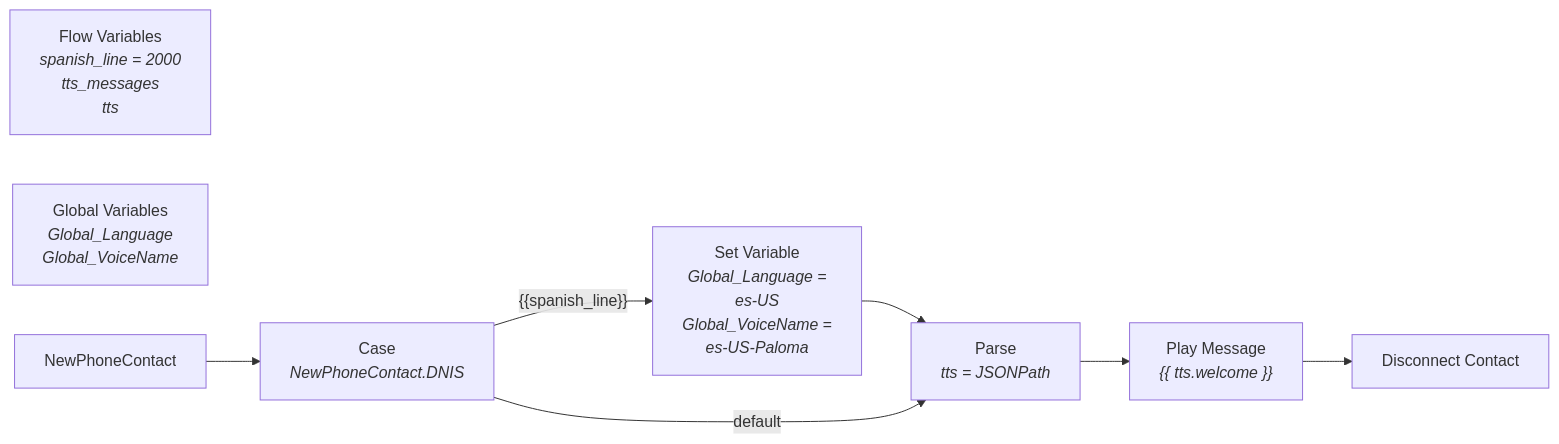
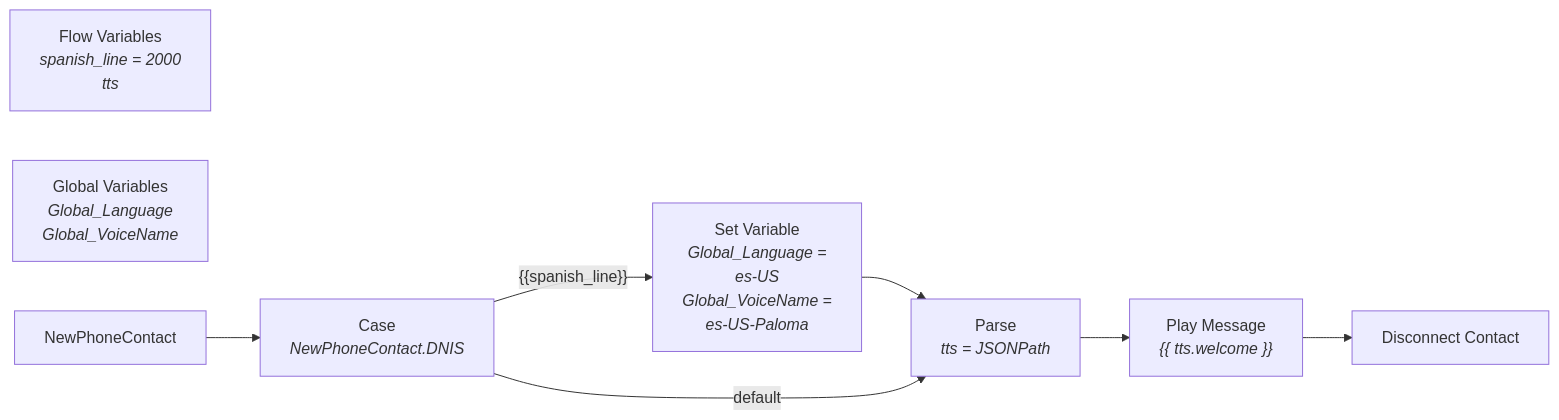
The sixth of 7 diagrams in _pages/MultilingualTTS.md (TeamCCEP/teamccep.github.io), drawn with Mermaid before and after one commit.

Commit message:
fixed mistake with tts variable name

````diff
--- a/_pages/MultilingualTTS.md
+++ b/_pages/MultilingualTTS.md
@@ -243,34 +243,33 @@
 ```mermaid
 flowchart LR
     lv["`Flow Variables
     _spanish_line = 2000_
-    _tts_messages_
     _tts_
     `"]
 
     gv["`Global Variables
     _Global_Language_
     _Global_VoiceName_
     `"]
 
     start[NewPhoneContact]-->c1["`Case
     _NewPhoneContact.DNIS_`"]
 
     c1--{{spanish_line}}-->sv1["`Set Variable
     _Global_Language =_
     _es-US_
     _Global_VoiceName =_
     _es-US-Paloma_
     `"]
 
     sv1-->pa1["`Parse
     _tts = JSONPath_
     `"]
     c1--default-->pa1
     
     pa1-->pm1["`Play Message
     _{{ tts.welcome }}_
     `"]
 
     pm1-->dc1[Disconnect Contact]
 ```
````
